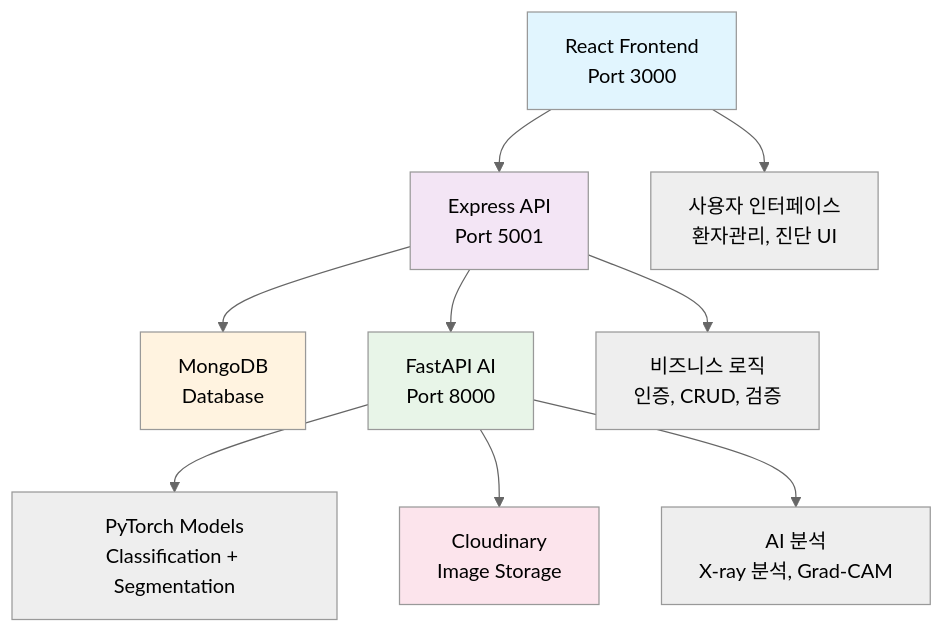
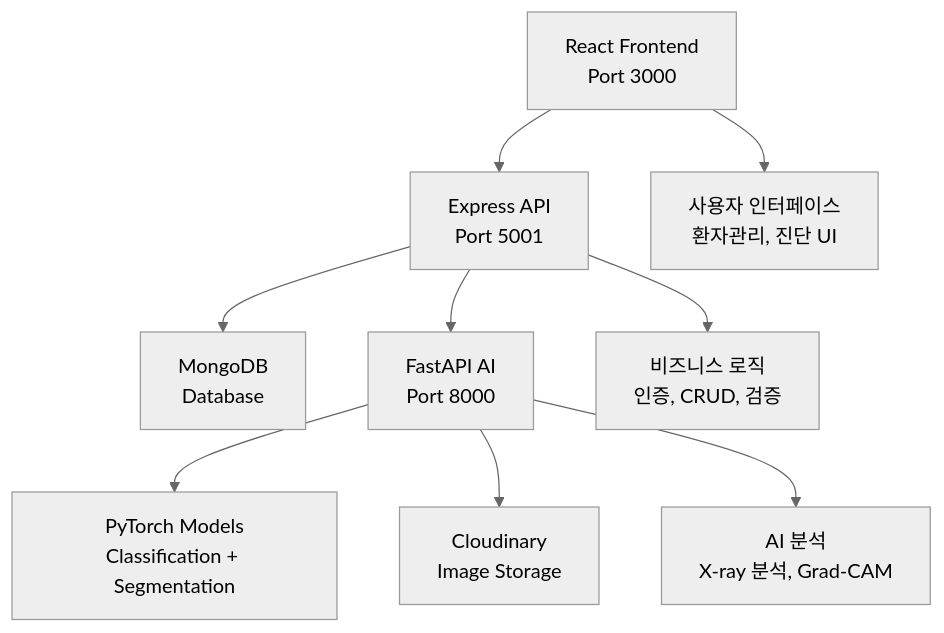
One commit to donggi22/Covid-diagnosis changed the diagram in README.md. Above: the diagram before and after it, drawn with Mermaid (neutral theme). The commit also changed other lines of this file, not shown here.

````diff
--- a/README.md
+++ b/README.md
@@ -26,18 +26,12 @@
 ```mermaid
 graph TB
     A[React Frontend<br/>Port 3000] --> B[Express API<br/>Port 5001]
     B --> C[MongoDB<br/>Database]
     B --> D[FastAPI AI<br/>Port 8000]
     D --> E[PyTorch Models<br/>Classification + Segmentation]
     D --> F[Cloudinary<br/>Image Storage]
     
     A --> G[사용자 인터페이스<br/>환자관리, 진단 UI]
     B --> H[비즈니스 로직<br/>인증, CRUD, 검증]
     D --> I[AI 분석<br/>X-ray 분석, Grad-CAM]
-    
-    style A fill:#e1f5fe
-    style B fill:#f3e5f5
-    style D fill:#e8f5e8
-    style C fill:#fff3e0
-    style F fill:#fce4ec
 ```
````
